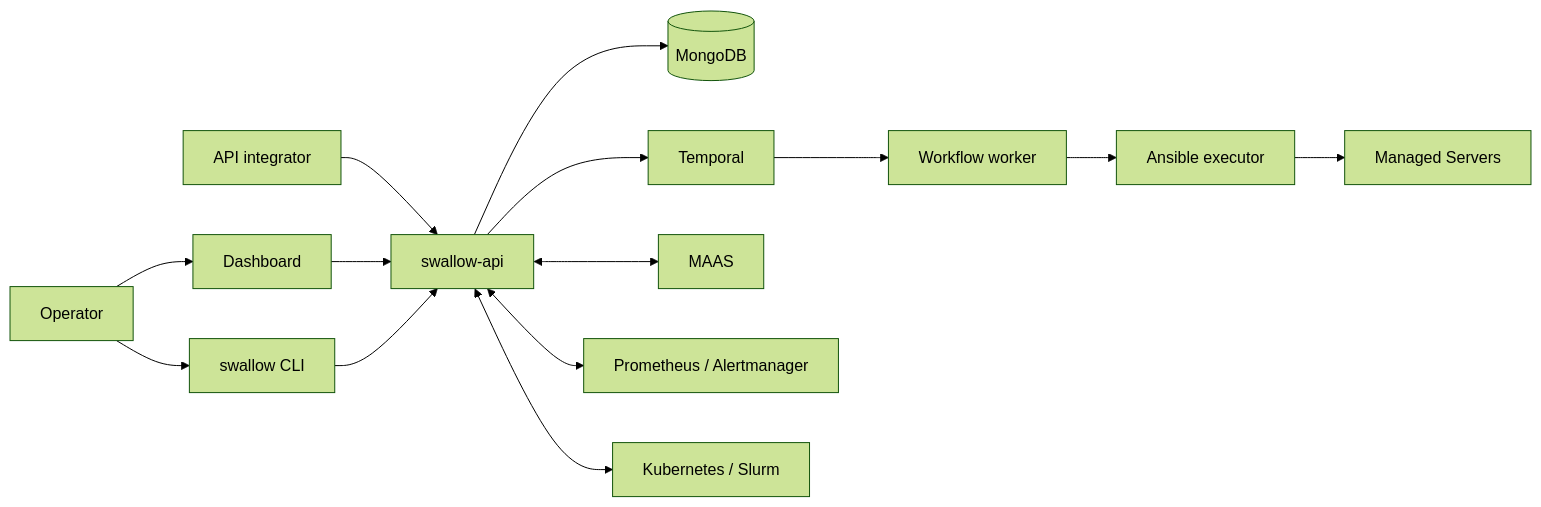
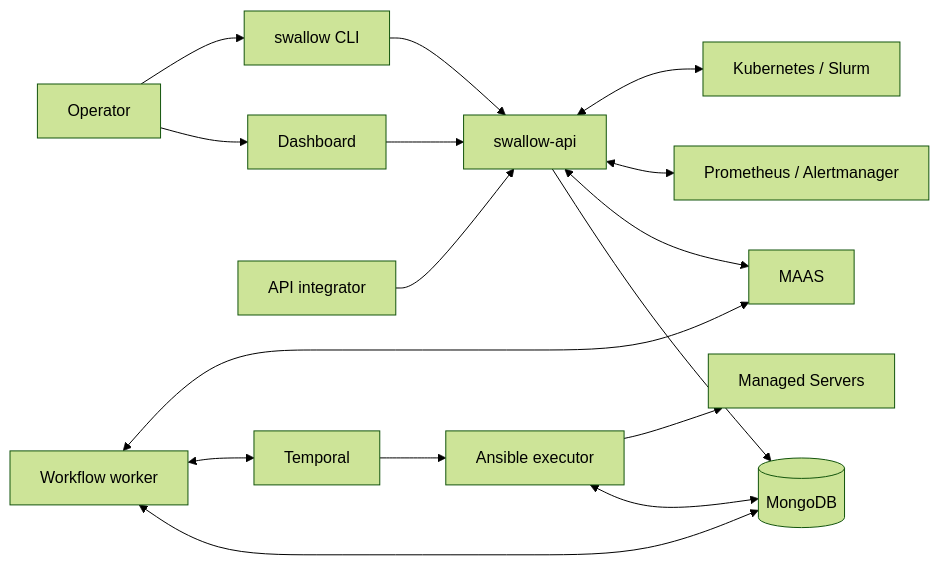
One commit to maple52046/swallow changed the diagram in README.md. Above: the diagram before and after it, drawn with Mermaid (forest theme). The commit also changed other lines of this file and 7 other files, not shown here.

````diff
--- a/README.md
+++ b/README.md
@@ -35,16 +38,18 @@
 ```mermaid
 flowchart LR
     operator[Operator] --> dashboard[Dashboard]
     operator --> cli[swallow CLI]
     integrator[API integrator] --> api[swallow-api]
     dashboard --> api
     cli --> api
     api --> mongo[(MongoDB)]
-    api --> temporal[Temporal]
-    temporal --> worker[Workflow worker]
-    worker --> ansible[Ansible executor]
+    worker[Workflow worker] <--> mongo
+    worker <--> temporal[Temporal]
+    temporal --> ansible[Ansible executor]
+    ansible <--> mongo
     api <--> maas[MAAS]
+    worker <--> maas
     api <--> monitoring[Prometheus / Alertmanager]
     api <--> platforms[Kubernetes / Slurm]
     ansible --> servers[Managed Servers]
 ```
````
